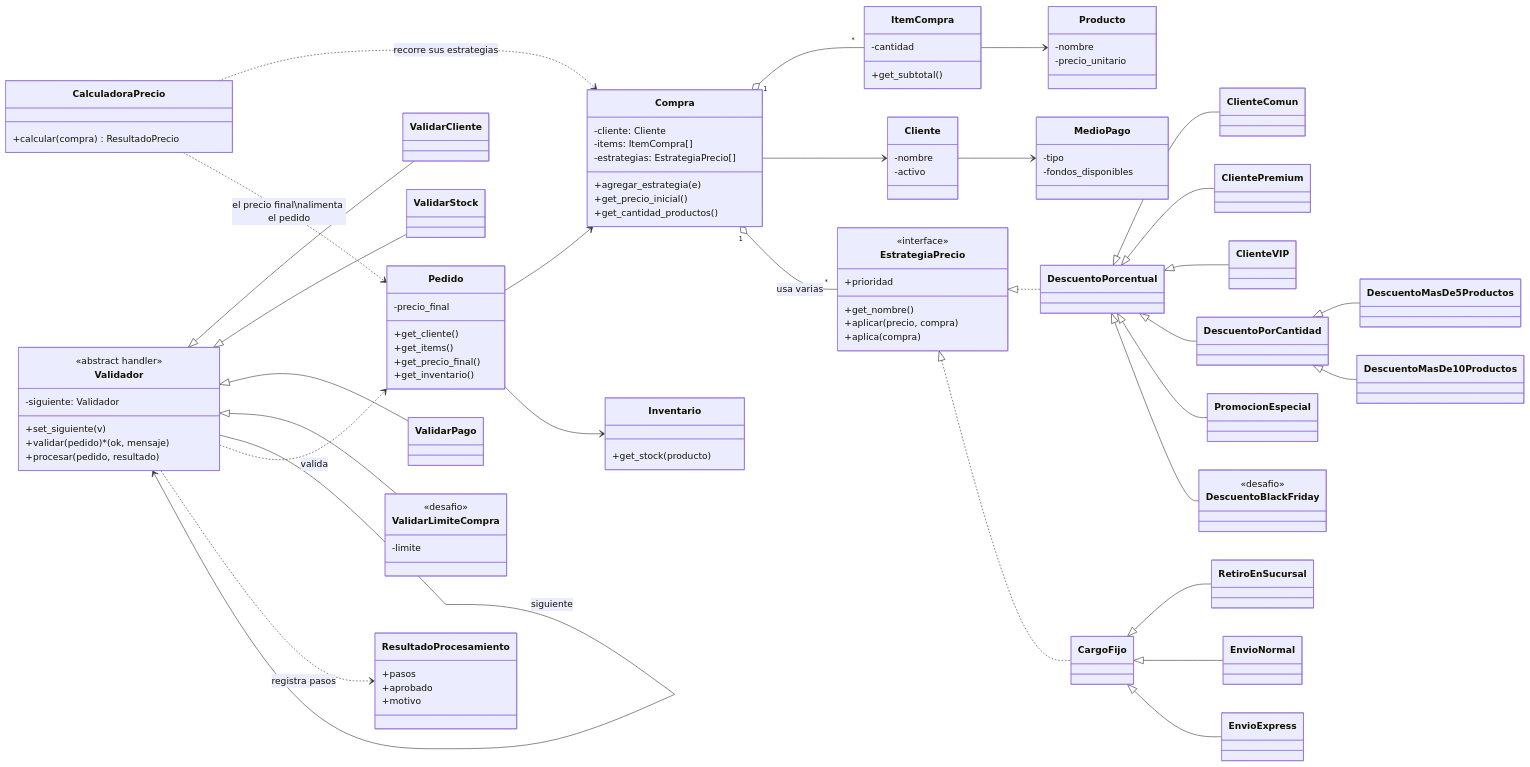
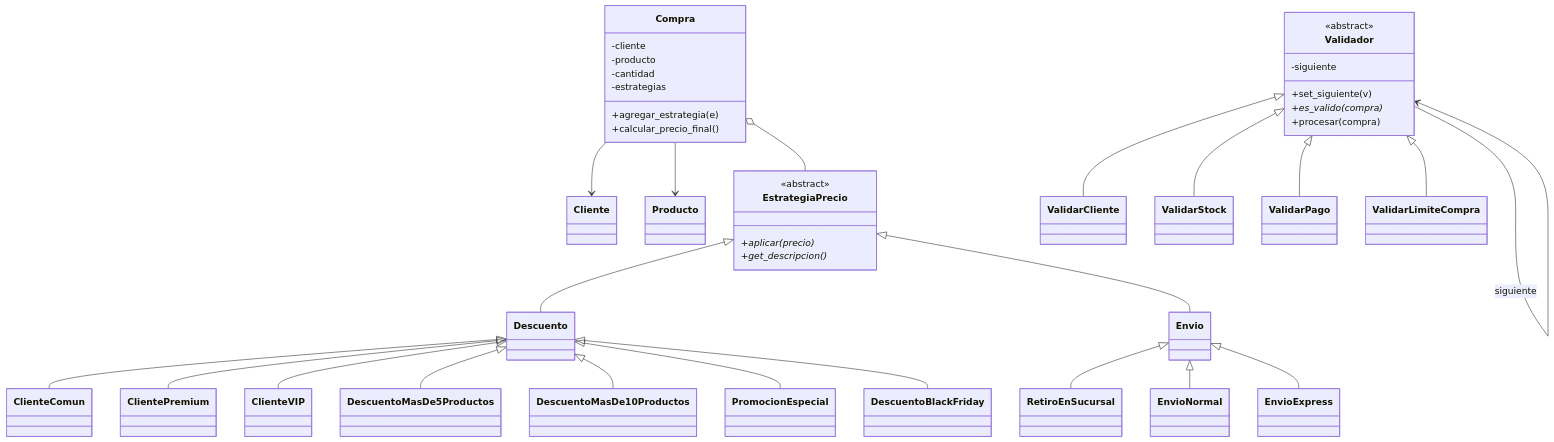
One commit to santimateu/Desarrollo-de-Sistemas-orientado-a-objetos changed the diagram in TP10 - Patrones de Diseño/README.md. Above: the diagram before and after it, drawn with Mermaid. The commit also changed other lines of this file and 9 other files, not shown here.

````diff
--- a/TP10 - Patrones de Diseño/README.md
+++ b/TP10 - Patrones de Diseño/README.md
@@ -26,120 +26,45 @@
 ```mermaid
 classDiagram
-    direction LR
+    class Compra {
+        -cliente
+        -producto
+        -cantidad
+        -estrategias
+        +agregar_estrategia(e)
+        +calcular_precio_final()
+    }
+    Compra --> Cliente
+    Compra --> Producto
+    Compra o-- EstrategiaPrecio
 
-    %% ---------- Dominio ----------
-    class Compra {
-        -cliente: Cliente
-        -items: ItemCompra[]
-        -estrategias: EstrategiaPrecio[]
-        +agregar_estrategia(e)
-        +get_precio_inicial()
-        +get_cantidad_productos()
+    class EstrategiaPrecio {
+        <<abstract>>
+        +aplicar(precio)*
+        +get_descripcion()*
     }
-    class ItemCompra {
-        -cantidad
-        +get_subtotal()
+    EstrategiaPrecio <|-- Descuento
+    EstrategiaPrecio <|-- Envio
+    Descuento <|-- ClienteComun
+    Descuento <|-- ClientePremium
+    Descuento <|-- ClienteVIP
+    Descuento <|-- DescuentoMasDe5Productos
+    Descuento <|-- DescuentoMasDe10Productos
+    Descuento <|-- PromocionEspecial
+    Descuento <|-- DescuentoBlackFriday
+    Envio <|-- RetiroEnSucursal
+    Envio <|-- EnvioNormal
+    Envio <|-- EnvioExpress
+
+    class Validador {
+        <<abstract>>
+        -siguiente
+        +set_siguiente(v)
+        +es_valido(compra)*
+        +procesar(compra)
     }
-    class Producto {
-        -nombre
-        -precio_unitario
-    }
-    class Cliente {
-        -nombre
-        -activo
-    }
-    class MedioPago {
-        -tipo
-        -fondos_disponibles
-    }
-    class Inventario {
-        +get_stock(producto)
-    }
-    class Pedido {
-        -precio_final
-        +get_cliente()
-        +get_items()
-        +get_precio_final()
-        +get_inventario()
-    }
-    Compra "1" o-- "*" ItemCompra
-    ItemCompra --> Producto
-    Compra --> Cliente
-    Cliente --> MedioPago
-    Pedido --> Compra
-    Pedido --> Inventario
-
-    %% ---------- Strategy ----------
-    class EstrategiaPrecio {
-        <<interface>>
-        +prioridad
-        +get_nombre()
-        +aplicar(precio, compra)
-        +aplica(compra)
-    }
-    class CalculadoraPrecio {
-        +calcular(compra) ResultadoPrecio
-    }
-    class DescuentoPorcentual
-    class CargoFijo
-    class ClienteComun
-    class ClientePremium
-    class ClienteVIP
-    class DescuentoPorCantidad
-    class DescuentoMasDe5Productos
-    class DescuentoMasDe10Productos
-    class PromocionEspecial
-    class RetiroEnSucursal
-    class EnvioNormal
-    class EnvioExpress
-    class DescuentoBlackFriday {
-        <<desafio>>
-    }
-
-    EstrategiaPrecio <|.. DescuentoPorcentual
-    EstrategiaPrecio <|.. CargoFijo
-    DescuentoPorcentual <|-- ClienteComun
-    DescuentoPorcentual <|-- ClientePremium
-    DescuentoPorcentual <|-- ClienteVIP
-    DescuentoPorcentual <|-- DescuentoPorCantidad
-    DescuentoPorcentual <|-- PromocionEspecial
-    DescuentoPorcentual <|-- DescuentoBlackFriday
-    DescuentoPorCantidad <|-- DescuentoMasDe5Productos
-    DescuentoPorCantidad <|-- DescuentoMasDe10Productos
-    CargoFijo <|-- RetiroEnSucursal
-    CargoFijo <|-- EnvioNormal
-    CargoFijo <|-- EnvioExpress
-    Compra "1" o-- "*" EstrategiaPrecio : usa varias
-    CalculadoraPrecio ..> Compra : recorre sus estrategias
-
-    %% ---------- Chain of Responsibility ----------
-    class Validador {
-        <<abstract handler>>
-        -siguiente: Validador
-        +set_siguiente(v)
-        +validar(pedido)* (ok, mensaje)
-        +procesar(pedido, resultado)
-    }
-    class ValidarCliente
-    class ValidarStock
-    class ValidarPago
-    class ValidarLimiteCompra {
-        <<desafio>>
-        -limite
-    }
-    class ResultadoProcesamiento {
-        +pasos
-        +aprobado
-        +motivo
-    }
+    Validador --> Validador : siguiente
     Validador <|-- ValidarCliente
     Validador <|-- ValidarStock
     Validador <|-- ValidarPago
     Validador <|-- ValidarLimiteCompra
-    Validador --> Validador : siguiente
-    Validador ..> Pedido : valida
-    Validador ..> ResultadoProcesamiento : registra pasos
-
-    %% ---------- Relación entre los patrones ----------
-    CalculadoraPrecio ..> Pedido : el precio final\nalimenta el pedido
 ```
````
